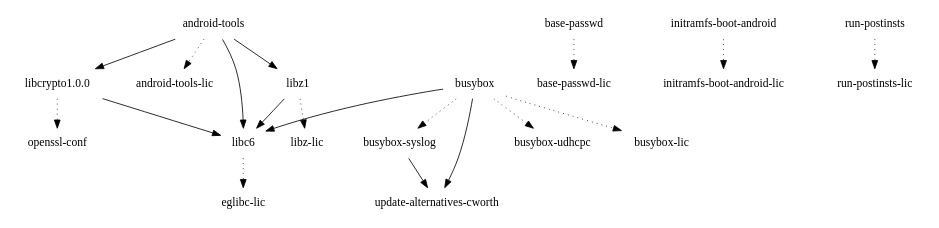
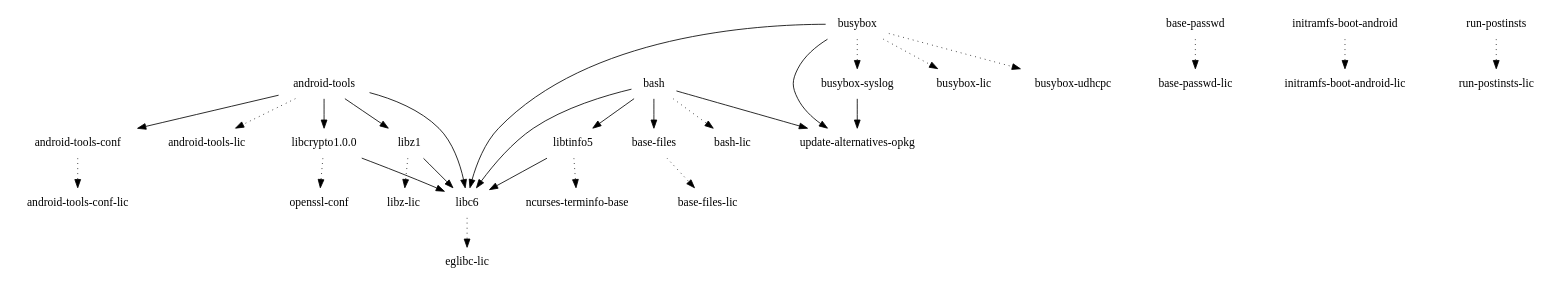
The diagram in images/maguro/eglibc/initramfs-android-image/depends.dot (webOS-ports/buildhistory), drawn with Graphviz before and after one commit. The commit also changed 10 other files, not shown here.

```diff
--- a/images/maguro/eglibc/initramfs-android-image/depends.dot
+++ b/images/maguro/eglibc/initramfs-android-image/depends.dot
@@ -1,21 +1,31 @@
 digraph depends {
     node [shape=plaintext]
+"android-tools" -> "android-tools-conf";
 "android-tools" -> "android-tools-lic" [style=dotted];
 "android-tools" -> "libc6";
 "android-tools" -> "libcrypto1.0.0";
 "android-tools" -> "libz1";
+"android-tools-conf" -> "android-tools-conf-lic" [style=dotted];
+"base-files" -> "base-files-lic" [style=dotted];
 "base-passwd" -> "base-passwd-lic" [style=dotted];
+"bash" -> "base-files";
+"bash" -> "bash-lic" [style=dotted];
+"bash" -> "libc6";
+"bash" -> "libtinfo5";
+"bash" -> "update-alternatives-opkg";
 "busybox" -> "busybox-lic" [style=dotted];
 "busybox" -> "busybox-syslog" [style=dotted];
 "busybox" -> "busybox-udhcpc" [style=dotted];
 "busybox" -> "libc6";
-"busybox" -> "update-alternatives-cworth";
-"busybox-syslog" -> "update-alternatives-cworth";
+"busybox" -> "update-alternatives-opkg";
+"busybox-syslog" -> "update-alternatives-opkg";
 "initramfs-boot-android" -> "initramfs-boot-android-lic" [style=dotted];
 "libc6" -> "eglibc-lic" [style=dotted];
 "libcrypto1.0.0" -> "libc6";
 "libcrypto1.0.0" -> "openssl-conf" [style=dotted];
+"libtinfo5" -> "libc6";
+"libtinfo5" -> "ncurses-terminfo-base" [style=dotted];
 "libz1" -> "libc6";
 "libz1" -> "libz-lic" [style=dotted];
 "run-postinsts" -> "run-postinsts-lic" [style=dotted];
 }
```
